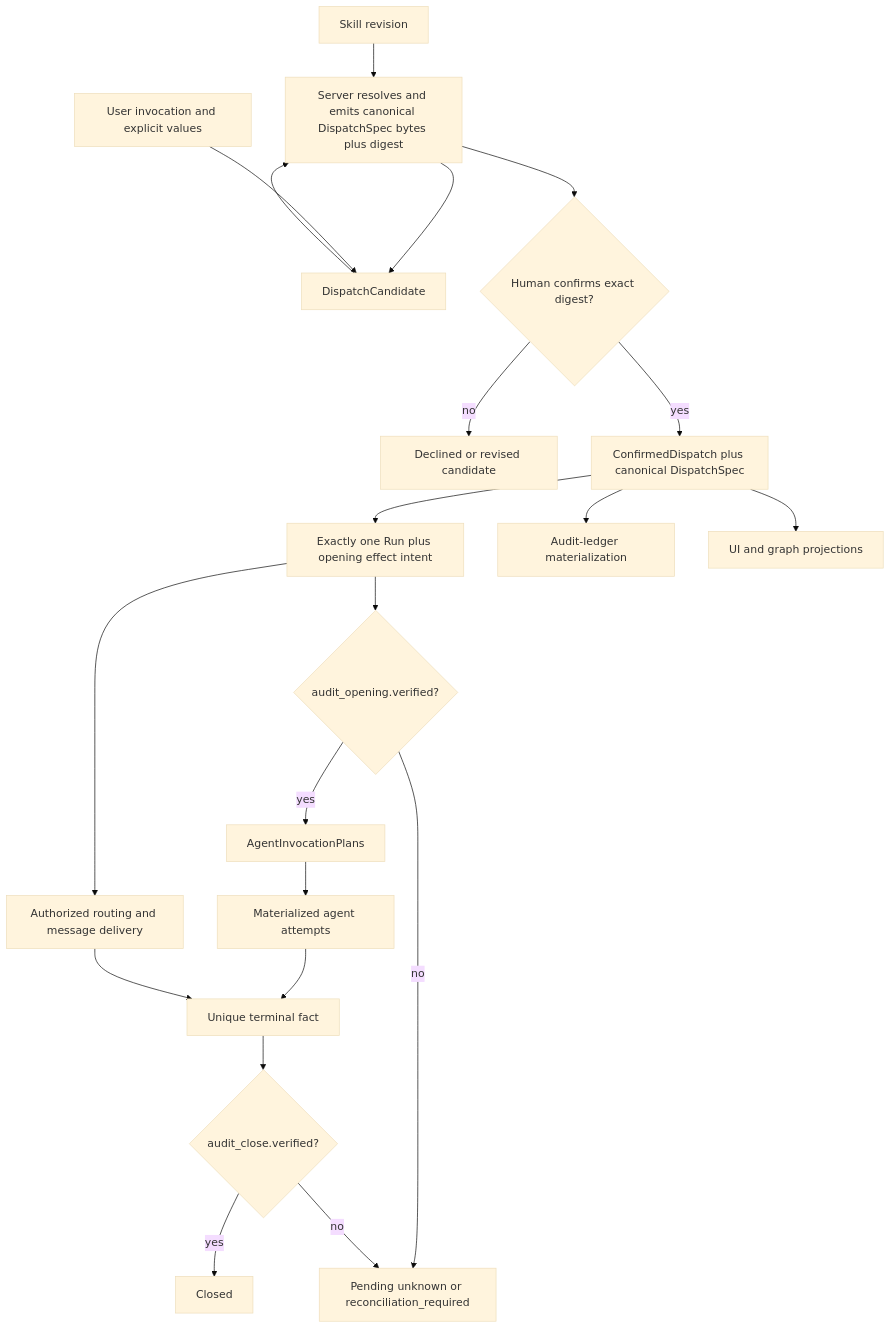
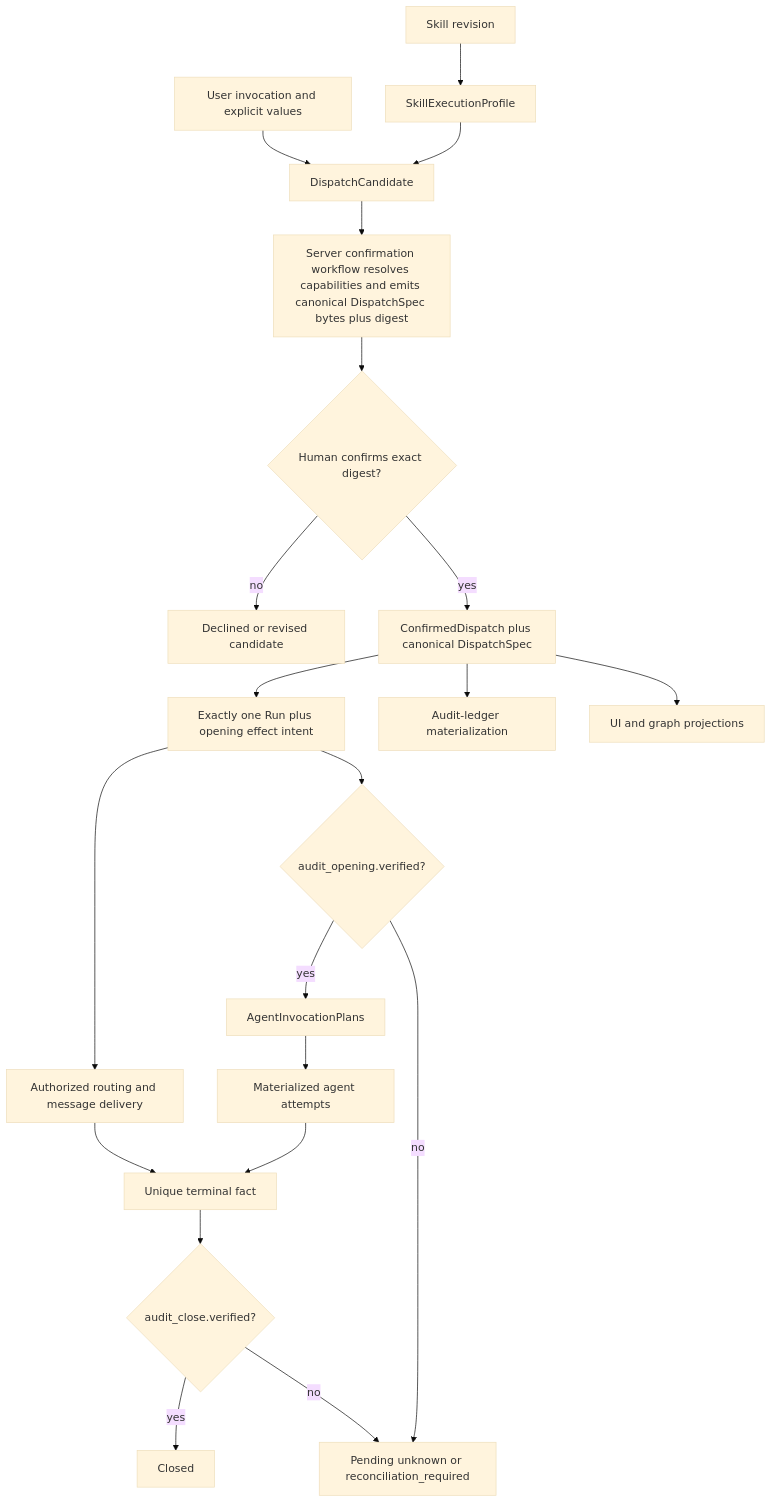
One commit to VictorBoscaro/cyberalchemy-orchestrator changed the diagram in docs/features/agents-communication-infra/discovery/agents-communication-protocols/README.md. Above: the diagram before and after it, drawn with Mermaid (base theme). The commit also changed other lines of this file and 48 other files, not shown here.

````diff
--- a/docs/features/agents-communication-infra/discovery/agents-communication-protocols/README.md
+++ b/docs/features/agents-communication-infra/discovery/agents-communication-protocols/README.md
@@ -479,23 +490,23 @@
 ```mermaid
 flowchart TD
     S[Skill revision] --> P[SkillExecutionProfile]
     P --> C[DispatchCandidate]
     U[User invocation and explicit values] --> C
-    C --> P[Server resolves and emits canonical DispatchSpec bytes plus digest]
-    P --> H{Human confirms exact digest?}
+    C --> CP[Server confirmation workflow resolves capabilities and emits canonical DispatchSpec bytes plus digest]
+    CP --> H{Human confirms exact digest?}
     H -->|no| X[Declined or revised candidate]
     H -->|yes| D[ConfirmedDispatch plus canonical DispatchSpec]
     D --> R[Exactly one Run plus opening effect intent]
     R --> O{audit_opening.verified?}
     O -->|yes| I[AgentInvocationPlans]
     O -->|no| Q[Pending unknown or reconciliation_required]
     D --> Y[Audit-ledger materialization]
     D --> V[UI and graph projections]
     I --> A[Materialized agent attempts]
     R --> B[Authorized routing and message delivery]
     A --> T[Unique terminal fact]
     B --> T
     T --> Z{audit_close.verified?}
     Z -->|yes| E[Closed]
     Z -->|no| Q
 ```
````
